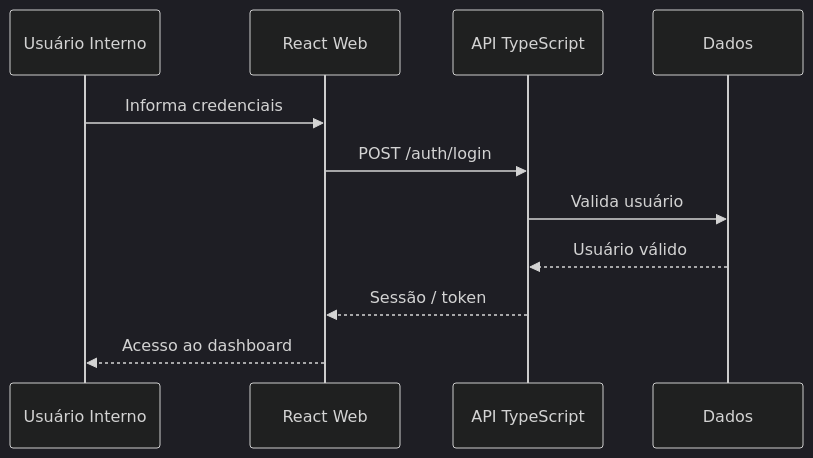
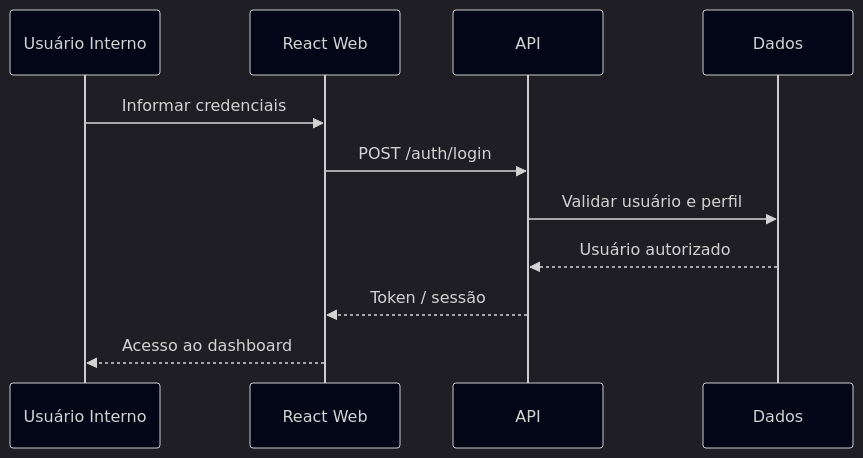
Before and after one commit to NickDevHolz/Terra-Conecta: the sixth of 12 diagrams in Terra Conecta — Proposta Institucional, Comercial e Técnica.md, drawn with Mermaid. The commit also changed other lines of this file, not shown here.

````diff
--- a/Terra Conecta — Proposta Institucional, Comercial e Técnica.md
+++ b/Terra Conecta — Proposta Institucional, Comercial e Técnica.md
@@ -448,25 +860,33 @@
 ```mermaid
 %%{init: {
 'theme':'dark',
 'themeVariables':{
 'background':'#020617',
-'primaryColor':'#06b6d4',
+'mainBkg':'#020617',
+'secondBkg':'#0f172a',
+'tertiaryColor':'#111827',
+'primaryColor':'#22d3ee',
 'primaryTextColor':'#f8fafc',
-'primaryBorderColor':'#22c55e',
-'lineColor':'#a855f7',
+'primaryBorderColor':'#39ff14',
 'secondaryColor':'#0f172a',
-'tertiaryColor':'#111827'
+'secondaryTextColor':'#e2e8f0',
+'secondaryBorderColor':'#a855f7',
+'lineColor':'#22d3ee',
+'textColor':'#f8fafc',
+'clusterBkg':'#020617',
+'clusterBorder':'#a855f7',
+'defaultLinkColor':'#22d3ee'
 }}}%%
 sequenceDiagram
 participant U as Usuário Interno
 participant W as React Web
-participant A as API TypeScript
+participant A as API
 participant D as Dados
 
-U->>W: Informa credenciais
+U->>W: Informar credenciais
 W->>A: POST /auth/login
-A->>D: Valida usuário
-D-->>A: Usuário válido
-A-->>W: Sessão / token
+A->>D: Validar usuário e perfil
+D-->>A: Usuário autorizado
+A-->>W: Token / sessão
 W-->>U: Acesso ao dashboard
 ```
````
